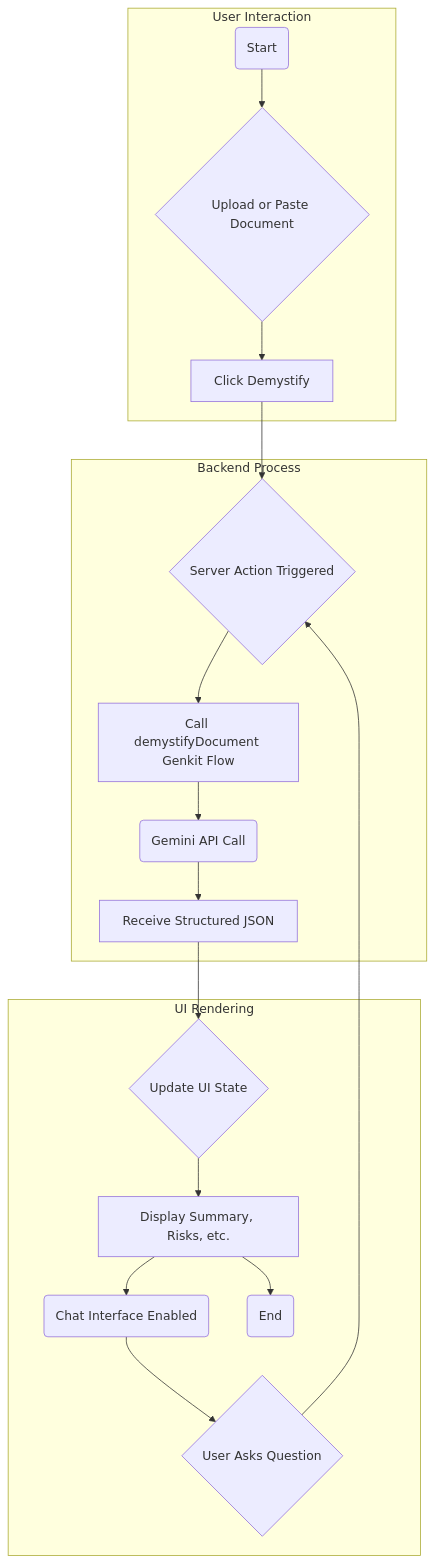
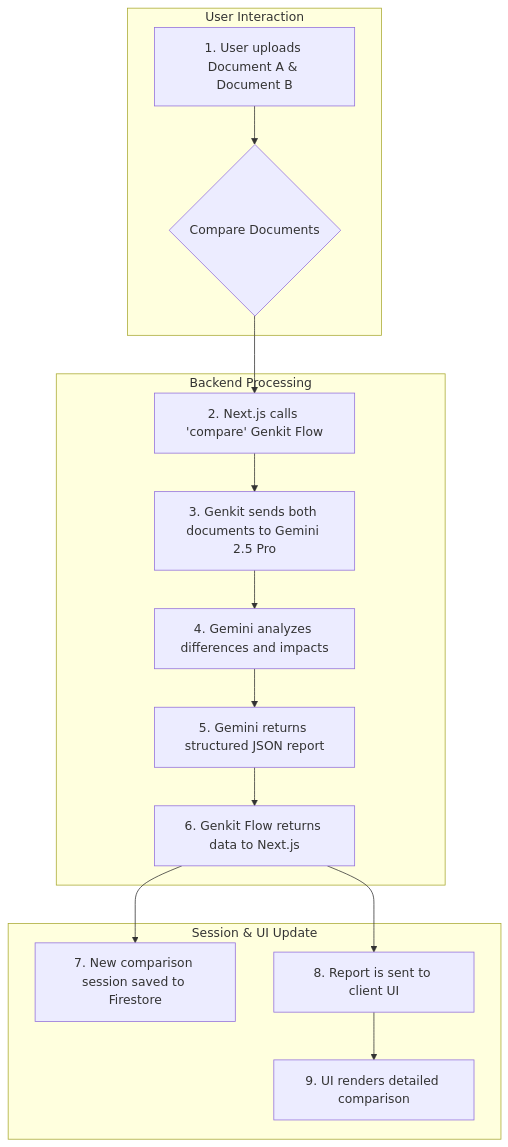
One commit to RD500/Vidhik changed the third of 3 diagrams in README.md. Above: the diagram before and after it, drawn with Mermaid. The commit also changed other lines of this file, not shown here.

````diff
--- a/README.md
+++ b/README.md
@@ -102,23 +137,18 @@
 ```mermaid
 graph TD
     subgraph User Interaction
-        A(Start) --> B{Upload or Paste Document};
-        B --> C[Click Demystify];
+        A[1. User uploads Document A & Document B] --> B{Compare Documents};
     end
-
-    subgraph Backend Process
-        C --> D{Server Action Triggered};
-        D --> E[Call demystifyDocument Genkit Flow];
-        E --> F(Gemini API Call);
-        F --> G[Receive Structured JSON];
+    subgraph Backend Processing
+        B --> C[2. Next.js calls 'compare' Genkit Flow];
+        C --> D[3. Genkit sends both documents to Gemini 2.5 Pro];
+        D --> E[4. Gemini analyzes differences and impacts];
+        E --> F[5. Gemini returns structured JSON report];
+        F --> G[6. Genkit Flow returns data to Next.js];
     end
-
-    subgraph UI Rendering
-        G --> H{Update UI State};
-        H --> I[Display Summary, Risks, etc.];
-        I --> J(Chat Interface Enabled);
-        J --> K{User Asks Question};
-        K --> D;
-        I --> L(End);
+    subgraph Session & UI Update
+        G --> H[7. New comparison session saved to Firestore];
+        G --> I[8. Report is sent to client UI];
+        I --> J[9. UI renders detailed comparison];
     end
 ```
````
